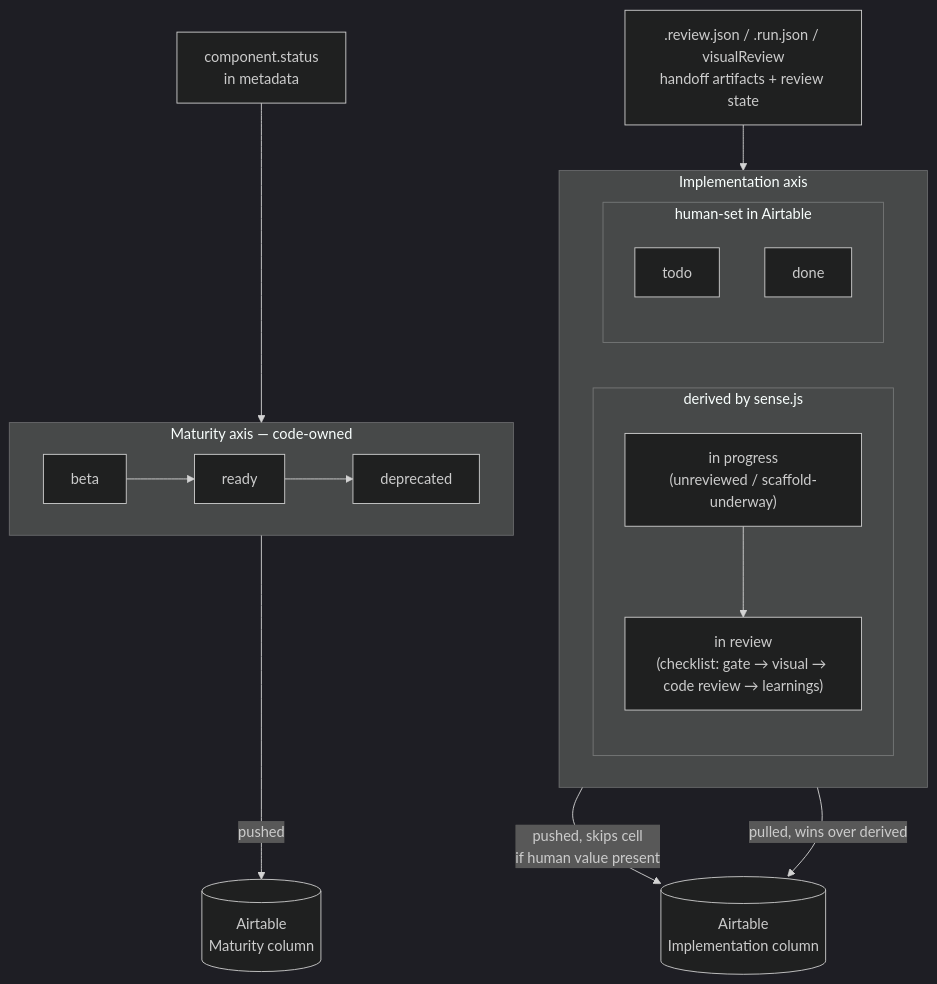
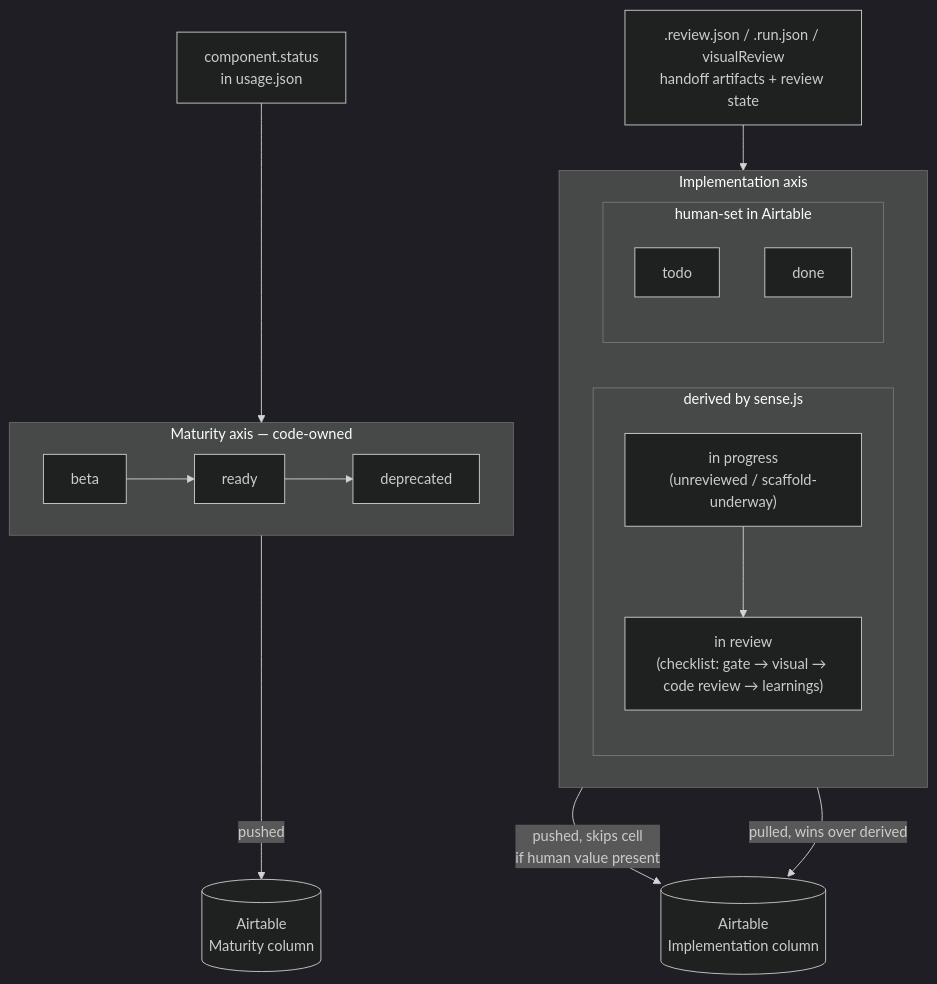
One commit to F4cu/upskill-design-system changed the diagram in docs/02-component-lifecycle.md. Above: the diagram before and after it, drawn with Mermaid (dark theme). The commit also changed other lines of this file and 126 other files, not shown here.

First line of the commit message:
feat(usage): rename metadata.json to usage.json and relabel around composition

````diff
--- a/docs/02-component-lifecycle.md
+++ b/docs/02-component-lifecycle.md
@@ -100,24 +104,24 @@
 ```mermaid
 flowchart TB
     subgraph M[Maturity axis — code-owned]
         direction LR
         beta --> ready --> deprecated
     end
     subgraph I[Implementation axis]
         direction LR
         subgraph derived[derived by sense.js]
             inprogress["in progress<br/>(unreviewed / scaffold-underway)"]
             inreview["in review<br/>(checklist: gate → visual → code review → learnings)"]
             inprogress --> inreview
         end
         subgraph human[human-set in Airtable]
             todo
             done
         end
     end
-    meta[component.status<br/>in metadata] --> M
+    meta[component.status<br/>in usage.json] --> M
     artifacts[.review.json / .run.json / visualReview<br/>handoff artifacts + review state] --> derived
     M -->|pushed| A[(Airtable<br/>Maturity column)]
     derived -->|pushed, skips cell<br/>if human value present| B[(Airtable<br/>Implementation column)]
     human -->|pulled, wins over derived| B
 ```
````
